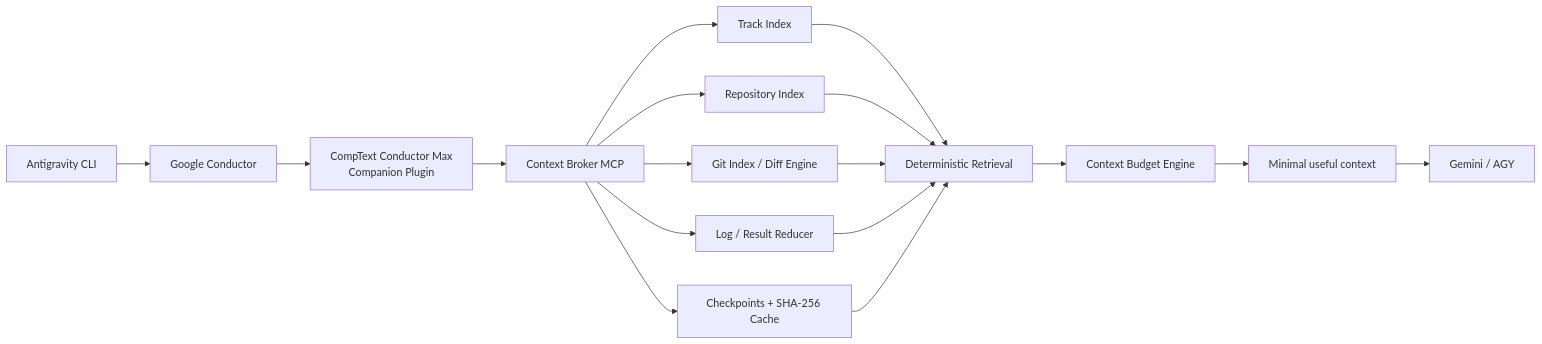
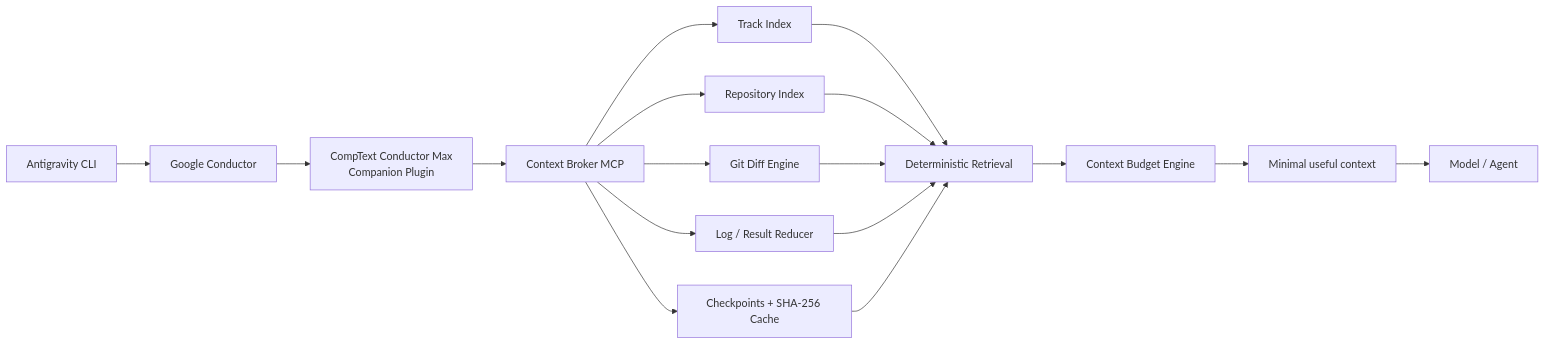
Before and after one commit to ProfRandom92/comptext-conductor-max: the first of 5 diagrams in README.md, drawn with Mermaid. The commit also changed other lines of this file, not shown here.

````diff
--- a/README.md
+++ b/README.md
@@ -31,22 +43,22 @@
 ```mermaid
 flowchart LR
     AG["Antigravity CLI"] --> C["Google Conductor"]
     C --> P["CompText Conductor Max<br/>Companion Plugin"]
     P --> MCP["Context Broker MCP"]
 
     MCP --> TI["Track Index"]
     MCP --> RI["Repository Index"]
-    MCP --> GI["Git Index / Diff Engine"]
+    MCP --> GI["Git Diff Engine"]
     MCP --> LR["Log / Result Reducer"]
     MCP --> CP["Checkpoints + SHA-256 Cache"]
 
     TI --> RET["Deterministic Retrieval"]
     RI --> RET
     GI --> RET
     LR --> RET
     CP --> RET
 
     RET --> BUD["Context Budget Engine"]
     BUD --> OUT["Minimal useful context"]
-    OUT --> MODEL["Gemini / AGY"]
+    OUT --> MODEL["Model / Agent"]
 ```
````
